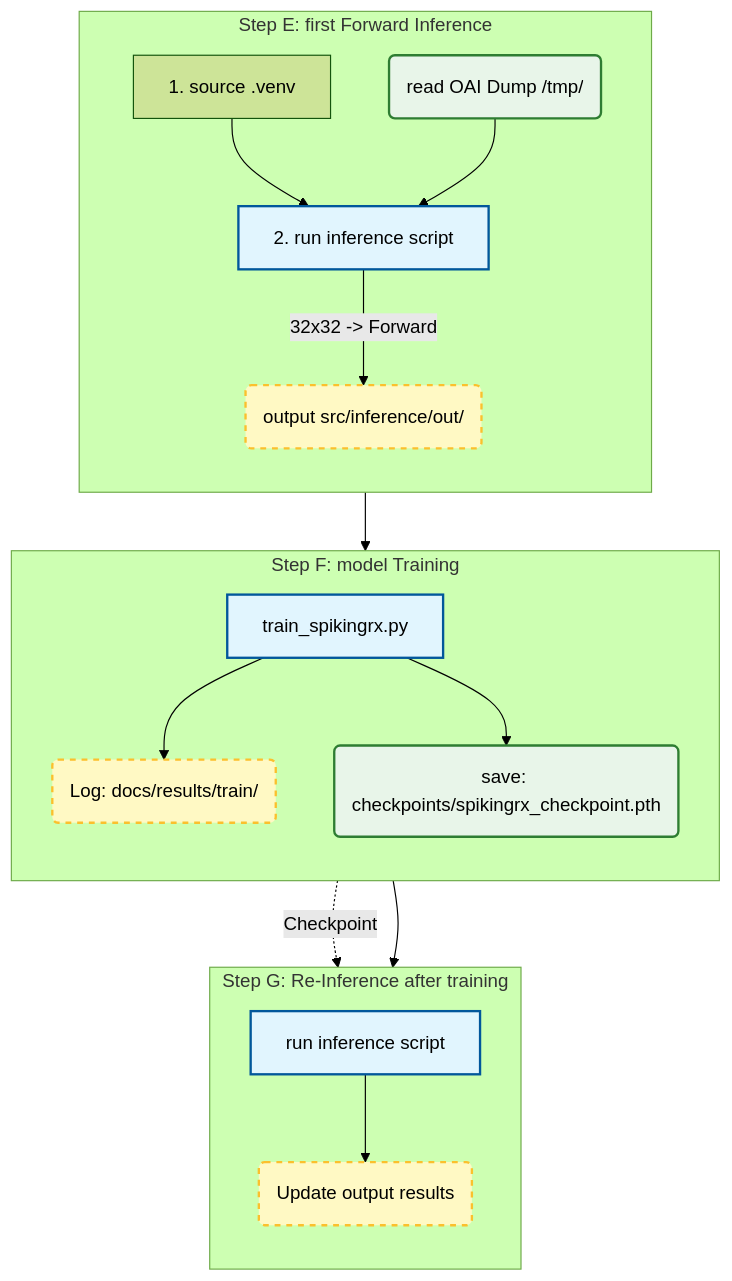
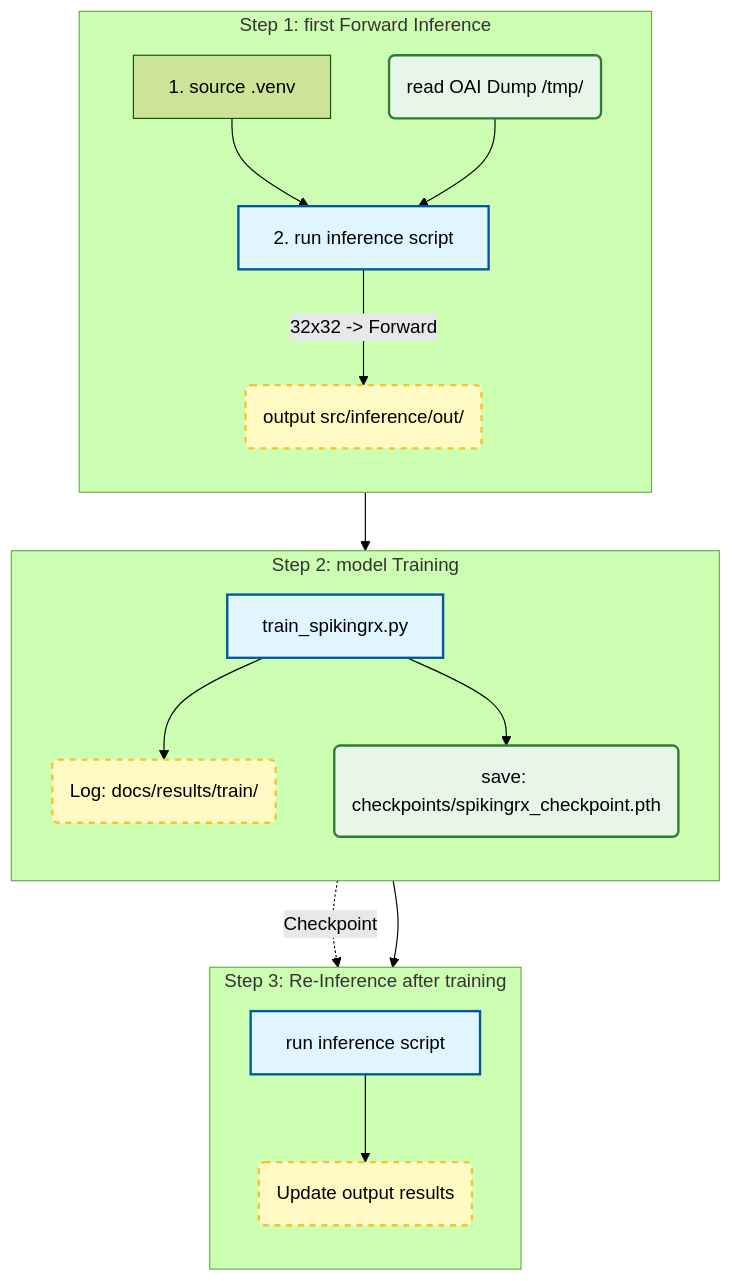
One commit to Karlyoo/intern changed the diagram in spiking.md. Above: the diagram before and after it, drawn with Mermaid (forest theme).

````diff
--- a/spiking.md
+++ b/spiking.md
@@ -81,49 +81,49 @@
 ```mermaid
 graph TD
     %% 定義樣式
     classDef script fill:#e1f5fe,stroke:#01579b,stroke-width:2px;
     classDef file fill:#fff9c4,stroke:#fbc02d,stroke-width:2px,stroke-dasharray: 5 5;
     classDef data fill:#e8f5e9,stroke:#2e7d32,stroke-width:2px;
 
-    subgraph Step_E [Step E: first Forward Inference]
+    subgraph Step_1 [Step 1: first Forward Inference]
         direction TB
-        E_Env[1.  source .venv]
-        E_Run[2. run inference script]:::script
-        E_Input(read OAI Dump /tmp/):::data
-        E_Out(output src/inference/out/):::file
+        1_Env[1.  source .venv]
+        1_Run[2. run inference script]:::script
+        1_Input(read OAI Dump /tmp/):::data
+        1_Out(output src/inference/out/):::file
         
-        E_Env --> E_Run
-        E_Input --> E_Run
-        E_Run -->|" 32x32 -> Forward"| E_Out
+        1_Env --> 1_Run
+        1_Input --> 1_Run
+        1_Run -->|" 32x32 -> Forward"| 1_Out
     end
 
-    subgraph Step_F [Step F: model Training]
+    subgraph Step_2 [Step 2: model Training]
         direction TB
-        F_Run[ train_spikingrx.py]:::script
-        F_Log( Log: docs/results/train/):::file
-        F_Ckpt(save: checkpoints/spikingrx_checkpoint.pth):::data
+        2_Run[ train_spikingrx.py]:::script
+        2_Log( Log: docs/results/train/):::file
+        2_Ckpt(save: checkpoints/spikingrx_checkpoint.pth):::data
 
-        F_Run --> F_Log
-        F_Run --> F_Ckpt
+        2_Run --> 2_Log
+        2_Run --> 2_Ckpt
     end
 
-    subgraph Step_G [Step G: Re-Inference after training]
+    subgraph Step_3 [Step 3: Re-Inference after training]
         direction TB
-        G_Run[run inference script]:::script
-        G_Out(Update output results):::file
+        3_Run[run inference script]:::script
+        3_Out(Update output results):::file
 
-        G_Run --> G_Out
+        3_Run --> 3_Out
     end
 
     %% 流程連接
-    Step_E --> Step_F
-    Step_F --> Step_G
+    Step_1 --> Step_2
+    Step_2 --> Step_3
 
     %% 關鍵數據流：訓練好的權重被 G 步驟讀取
-    F_Ckpt -.->|" Checkpoint"| G_Run
+    2_Ckpt -.->|" Checkpoint"| 3_Run
 
     %% 引用標註
-    %% Step E [cite: 34-39]
-    %% Step F [cite: 45-53]
-    %% Step G [cite: 54-57]
+    %% Step 1 [cite: 34-39]
+    %% Step 2 [cite: 45-53]
+    %% Step 3 [cite: 54-57]
 ```
````
